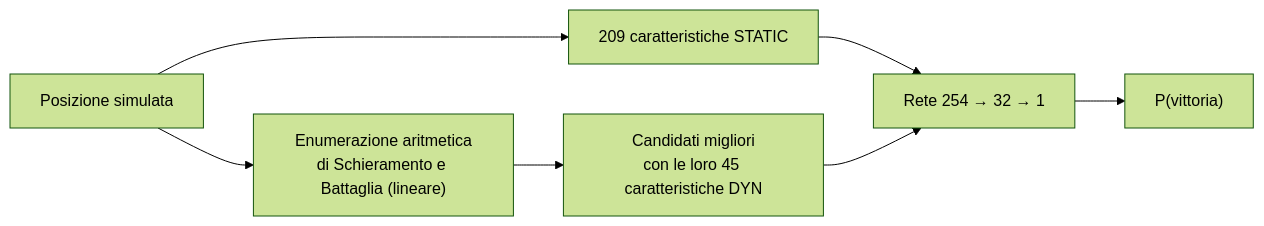
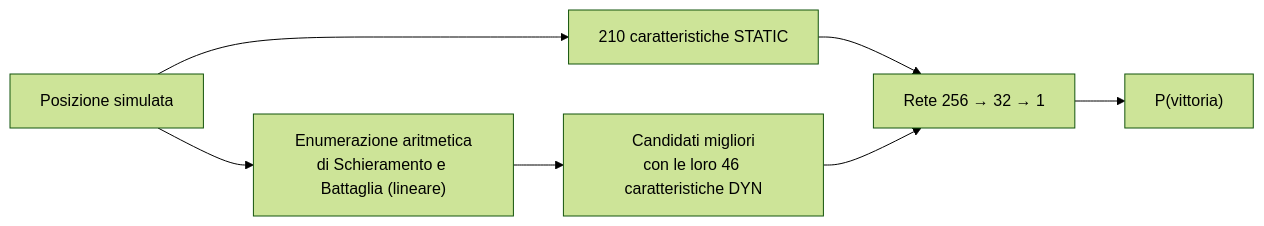
Before and after one commit to BertrandPouget/barbacane: the second of 2 diagrams in bot_factory/README.md, drawn with Mermaid (forest theme). The commit also changed other lines of this file and 9 other files, not shown here.

````diff
--- a/bot_factory/README.md
+++ b/bot_factory/README.md
@@ -51,9 +52,9 @@
 ```mermaid
 flowchart LR
-    P["Posizione simulata"] --> ST["209 caratteristiche STATIC"]
+    P["Posizione simulata"] --> ST["210 caratteristiche STATIC"]
     P --> EN["Enumerazione aritmetica<br/>di Schieramento e Battaglia (lineare)"]
-    EN --> CA["Candidati migliori<br/>con le loro 45 caratteristiche DYN"]
-    ST --> NN["Rete 254 → 32 → 1"]
+    EN --> CA["Candidati migliori<br/>con le loro 46 caratteristiche DYN"]
+    ST --> NN["Rete 256 → 32 → 1"]
     CA --> NN
     NN --> V["P(vittoria)"]
 ```
````
